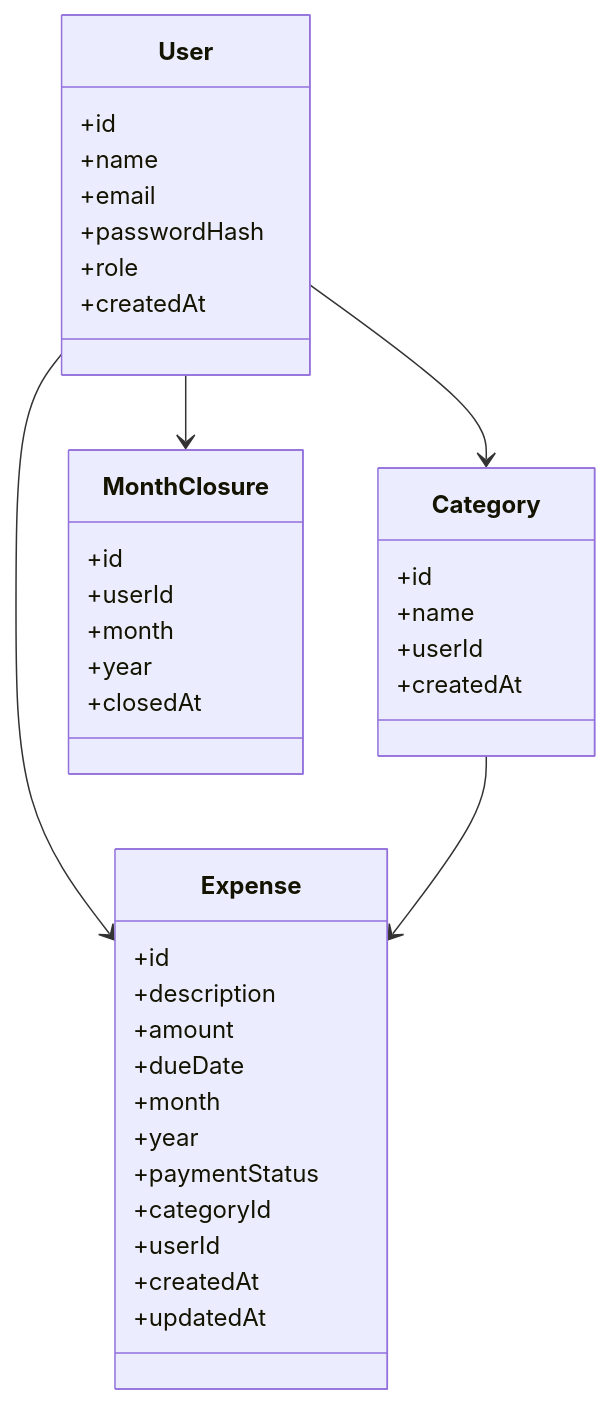
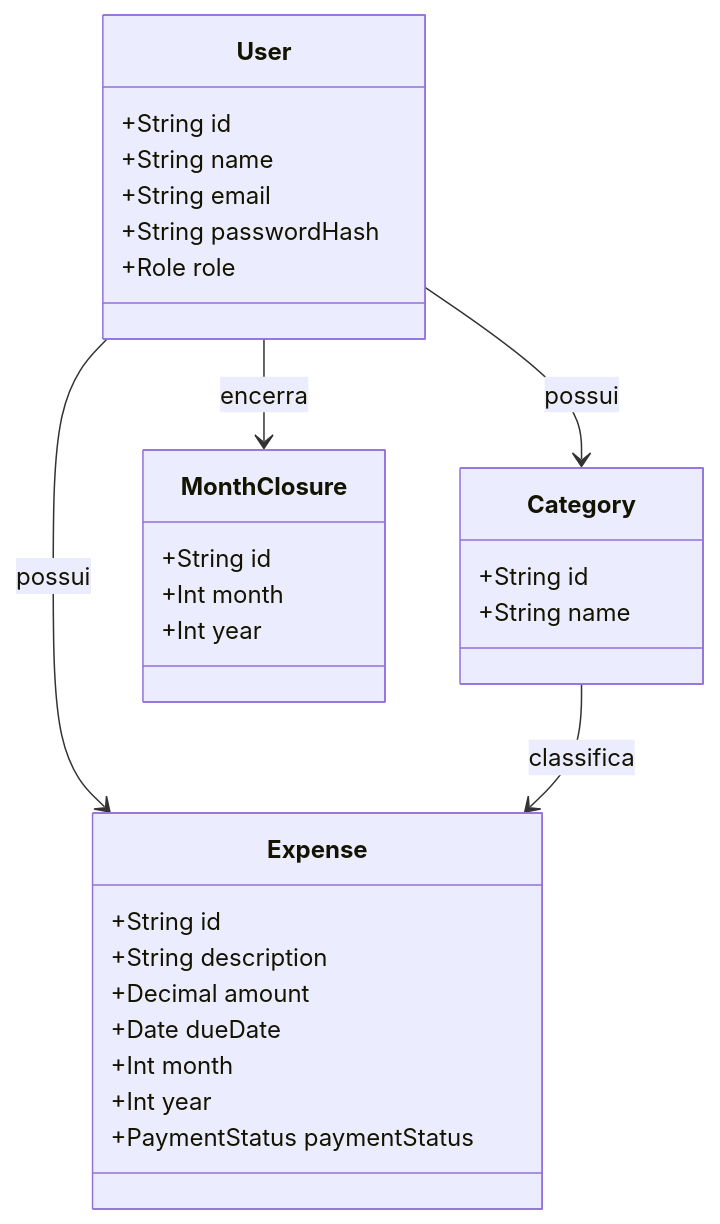
Before and after one commit to GAbriel-dot7/controle-de-gastos: the diagram in README.md, drawn with Mermaid. The commit also changed other lines of this file, not shown here.

````diff
--- a/README.md
+++ b/README.md
@@ -100,41 +140,36 @@
 ```mermaid
 classDiagram
     class User {
-      +id
-      +name
-      +email
-      +passwordHash
-      +role
-      +createdAt
+        +String id
+        +String name
+        +String email
+        +String passwordHash
+        +Role role
     }
+
     class Category {
-      +id
-      +name
-      +userId
-      +createdAt
+        +String id
+        +String name
     }
+
     class Expense {
-      +id
-      +description
-      +amount
-      +dueDate
-      +month
-      +year
-      +paymentStatus
-      +categoryId
-      +userId
-      +createdAt
-      +updatedAt
+        +String id
+        +String description
+        +Decimal amount
+        +Date dueDate
+        +Int month
+        +Int year
+        +PaymentStatus paymentStatus
     }
+
     class MonthClosure {
-      +id
-      +userId
-      +month
-      +year
-      +closedAt
+        +String id
+        +Int month
+        +Int year
     }
-    User --> Category
-    User --> Expense
-    User --> MonthClosure
-    Category --> Expense
+
+    User --> Category : possui
+    User --> Expense : possui
+    User --> MonthClosure : encerra
+    Category --> Expense : classifica
 ```
````
